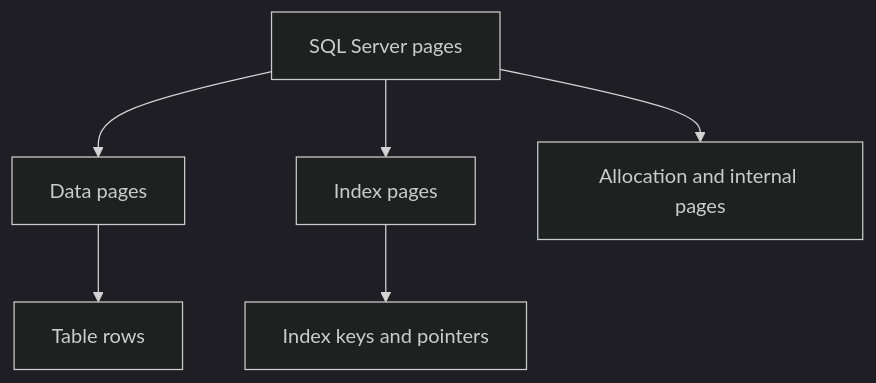
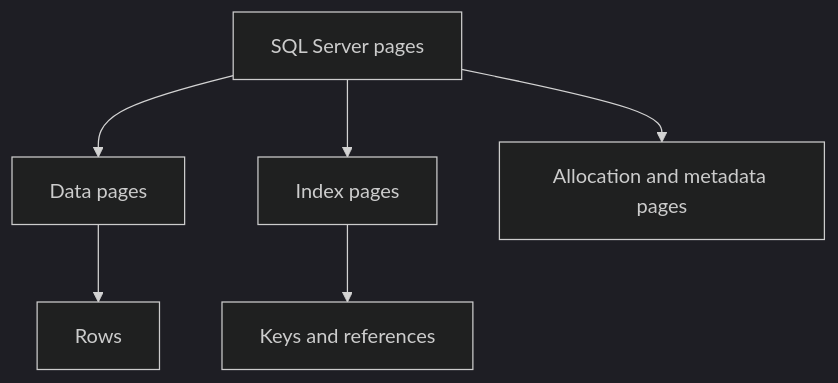
The seventh of 11 diagrams in labs/lab05-physical-storage.md (tjovic/database-design-labs-public), drawn with Mermaid (dark theme) before and after one commit. The commit also changed other lines of this file, not shown here.

````diff
--- a/labs/lab05-physical-storage.md
+++ b/labs/lab05-physical-storage.md
@@ -456,8 +394,8 @@
 ```mermaid
 flowchart TD
     A[SQL Server pages] --> B[Data pages]
     A --> C[Index pages]
-    A --> D[Allocation and internal pages]
-    B --> E[Table rows]
-    C --> F[Index keys and pointers]
+    A --> D[Allocation and metadata pages]
+    B --> E[Rows]
+    C --> F[Keys and references]
 ```
````
